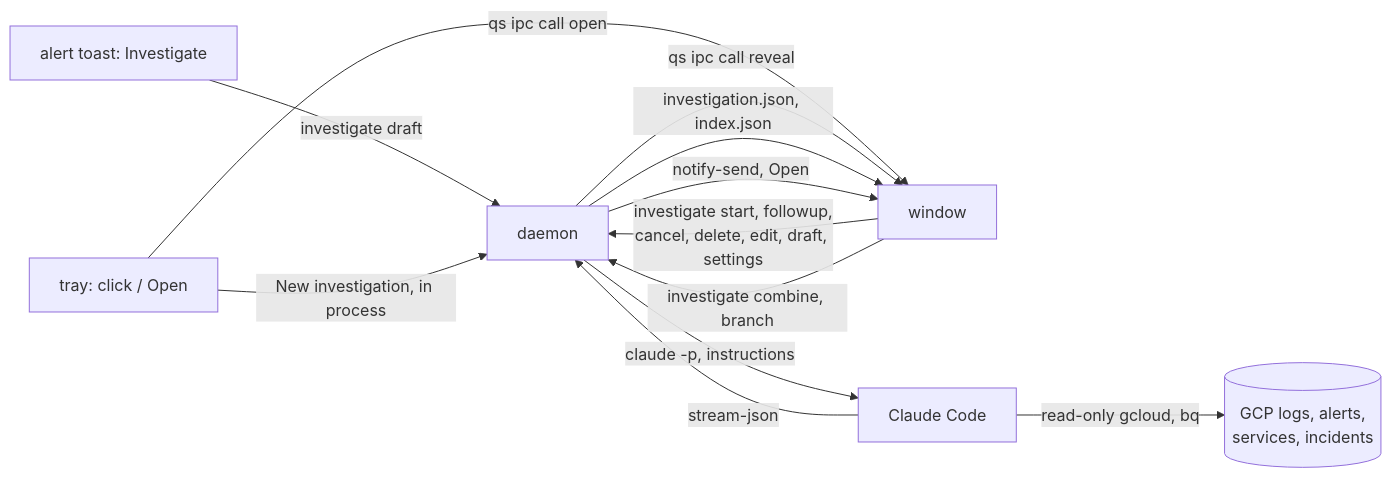
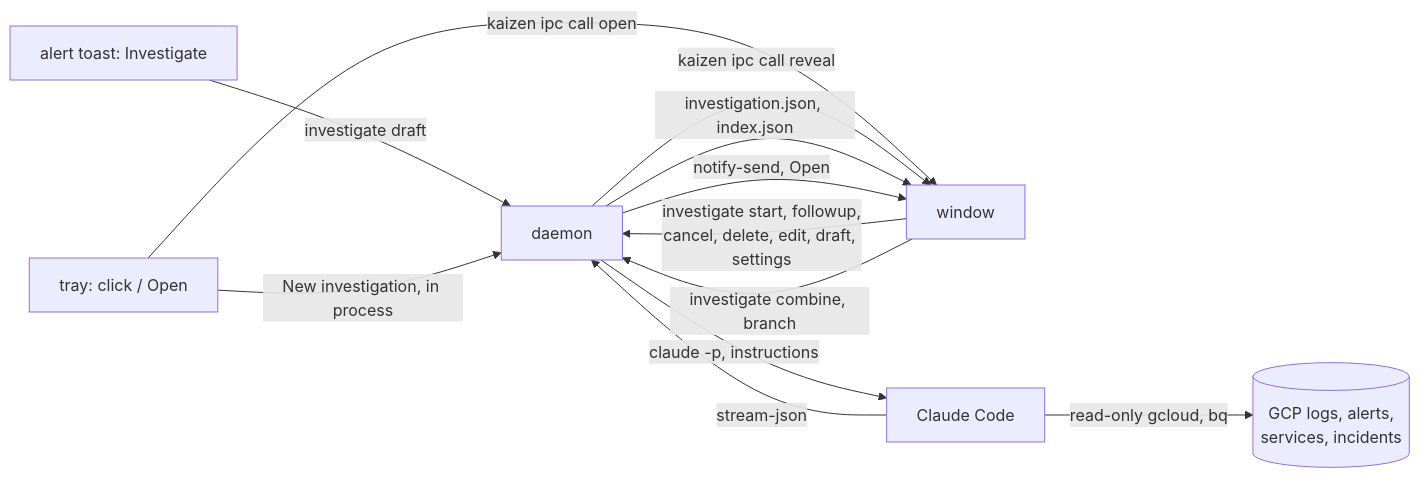
The diagram in nix/shared/system/kaizen/plugins/incident-investigator/README.md (fredrikaverpil/dotfiles), drawn with Mermaid before and after one commit. The commit also changed other lines of this file and 161 other files, not shown here.

````diff
--- a/nix/shared/system/kaizen/plugins/incident-investigator/README.md
+++ b/nix/shared/system/kaizen/plugins/incident-investigator/README.md
@@ -81,14 +81,14 @@
 ```mermaid
 flowchart LR
   toast["alert toast: Investigate"] -->|investigate draft| daemon
-  tray["tray: click / Open"] -->|qs ipc call open| window
+  tray["tray: click / Open"] -->|kaizen ipc call open| window
   tray -->|New investigation, in process| daemon
-  daemon -->|qs ipc call reveal| window
+  daemon -->|kaizen ipc call reveal| window
   window -->|investigate start, followup,<br>cancel, delete, edit, draft, settings| daemon
   window -->|investigate combine, branch| daemon
   daemon -->|claude -p, instructions| claude["Claude Code"]
   claude -->|read-only gcloud, bq| gcp[(GCP logs, alerts,<br>services, incidents)]
   claude -->|stream-json| daemon
   daemon -->|investigation.json, index.json| window
   daemon -->|notify-send, Open| window
 ```
````
